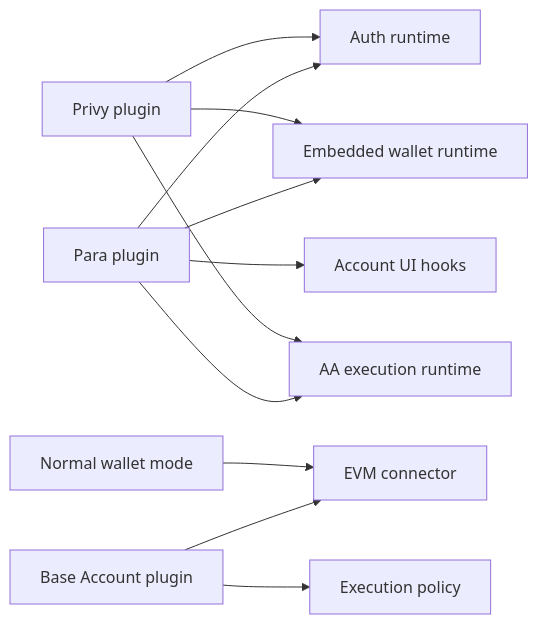
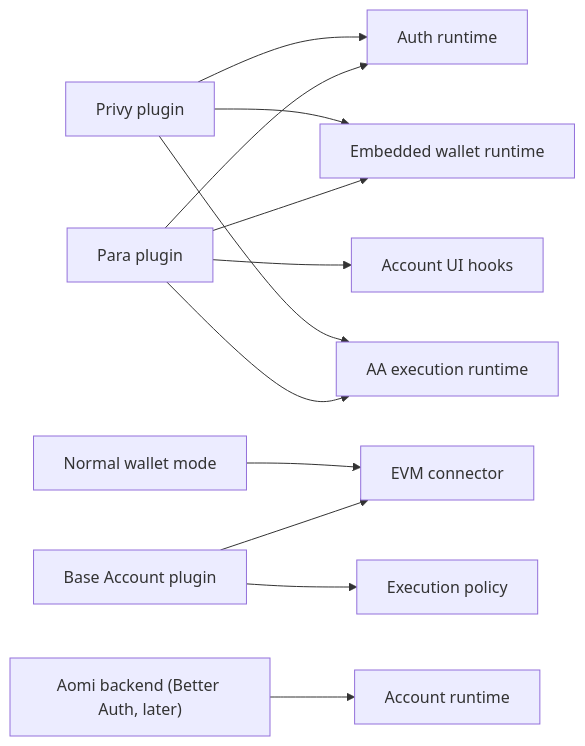
The second of 3 diagrams in specs/WALLET-PROVIDER-PLUGIN-REFACTOR.md (aomi-labs/aomi-widget), drawn with Mermaid before and after one commit. The commit also changed other lines of this file and 6 other files, not shown here.

Commit message:
Refactor landing theme and assistant UI flows

````diff
--- a/specs/WALLET-PROVIDER-PLUGIN-REFACTOR.md
+++ b/specs/WALLET-PROVIDER-PLUGIN-REFACTOR.md
@@ -87,16 +161,17 @@
 ```mermaid
 flowchart LR
   Para["Para plugin"] --> Auth["Auth runtime"]
   Para --> Embedded["Embedded wallet runtime"]
   Para --> AA["AA execution runtime"]
   Para --> Modal["Account UI hooks"]
 
   Privy["Privy plugin"] --> Auth
   Privy --> Embedded
   Privy --> AA
 
   Base["Base Account plugin"] --> EVM["EVM connector"]
   Base --> Exec["Execution policy"]
 
   Normal["Normal wallet mode"] --> EVM
+  Backend["Aomi backend (Better Auth, later)"] --> Account["Account runtime"]
 ```
````
